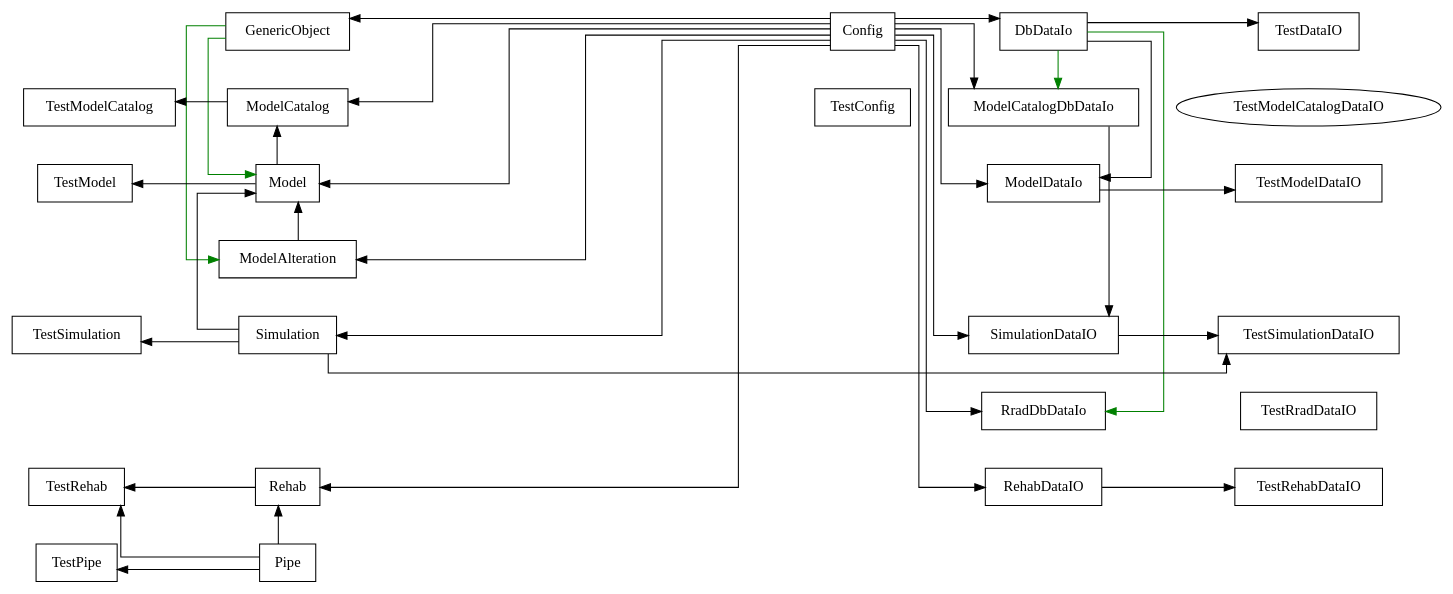
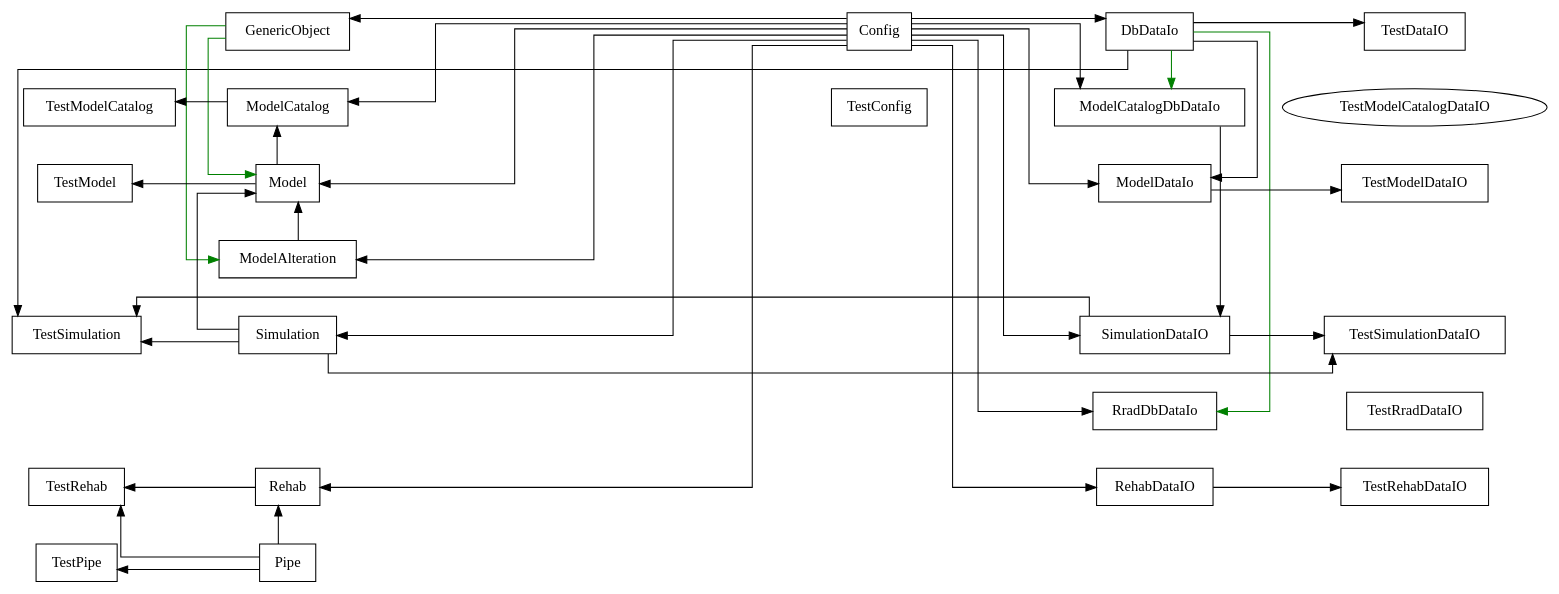
Before and after one commit to PDXBES/ModelCatalog: the diagram in docs/Class_Diagram_Tool/names_only_finalMCatalog_RRAD.dot, drawn with Graphviz. The commit also changed 16 other files, not shown here.

```diff
--- a/docs/Class_Diagram_Tool/names_only_finalMCatalog_RRAD.dot
+++ b/docs/Class_Diagram_Tool/names_only_finalMCatalog_RRAD.dot
@@ -1,87 +1,89 @@
 digraph "classes" {
 charset="utf-8"
 nodesep=0.5;
 rankdir="TB";
 edge [ constraint=False ];
 splines="ortho";
 "Config"[label= "Config" , shape="record"];
 "DbDataIo"[label= "DbDataIo" , shape="record"];
 "GenericObject"[label= "GenericObject" , shape="record"];
 "Model"[label= "Model" , shape="record"];
 "ModelAlteration"[label= "ModelAlteration" , shape="record"];
 "ModelCatalog"[label= "ModelCatalog" , shape="record"];
 "ModelCatalogDbDataIo"[label= "ModelCatalogDbDataIo" , shape="record"];
 "ModelDataIo"[label= "ModelDataIo" , shape="record"];
 "Pipe"[label= "Pipe" , shape="record"];
 "Rehab"[label= "Rehab" , shape="record"];
 "RehabDataIO"[label= "RehabDataIO" , shape="record"];
 "RradDbDataIo"[label= "RradDbDataIo" , shape="record"];
 "Simulation"[label= "Simulation" , shape="record"];
 "SimulationDataIO"[label= "SimulationDataIO" , shape="record"];
 "TestConfig"[label= "TestConfig" , shape="record"];
 "TestDataIO"[label= "TestDataIO" , shape="record"];
 "TestModel"[label= "TestModel" , shape="record"];
 "TestModelCatalog"[label= "TestModelCatalog" , shape="record"];
 "TestModelDataIO"[label= "TestModelDataIO" , shape="record"];
 "TestPipe"[label= "TestPipe" , shape="record"];
 "TestRehab"[label= "TestRehab" , shape="record"];
 "TestRehabDataIO"[label= "TestRehabDataIO" , shape="record"];
 "TestRradDataIO"[label= "TestRradDataIO" , shape="record"];
 "TestSimulation"[label= "TestSimulation" , shape="record"];
 "TestSimulationDataIO"[label= "TestSimulationDataIO" , shape="record"];
 
 "_d0" [label="_d0", shape="record" style=invis];
 "_d2" [label="_d2", shape="record" style=invis];
 "_d7" [label="_d7", shape="record" style=invis];
 "_d8" [label="_d8", shape="record" style=invis];
 "_d1" [label="_d1", shape="record" style=invis];
 "_d3" [label="_d3", shape="record" style=invis];
 "_d6" [label="_d6", shape="record" style=invis];
 "_d9" [label="_d9", shape="record" style=invis];
 "_d10" [label="_d10", shape="record" style=invis];
 "_d11" [label="_d11", shape="record" style=invis];
 "_d4" [label="_d4", shape="record" style=invis];
 "_d12" [label="_d12", shape="record" style=invis];
 "_d5" [label="_d5", shape="record" style=invis];
 "_d13" [label="_d13", shape="record" style=invis];
 
 {rank= tb "_d0"->"TestModelCatalog"->"TestModel"->"_d2"->"TestSimulation"->"_d7"->"TestRehab"->"TestPipe" [constraint=true style=invis]};
 {rank= tb "GenericObject"->"ModelCatalog"->"Model"->"ModelAlteration"->"Simulation"->"_d8"->"Rehab"->"Pipe" [constraint=true style=invis]};
 {rank= tb "Config"->"TestConfig"->"_d1"->"_d3"->"_d6"->"_d9"->"_d10"->"_d11" [constraint=true style=invis]};
 {rank= tb "DbDataIo"->"ModelCatalogDbDataIo"->"ModelDataIo"->"_d4"->"SimulationDataIO"->"RradDbDataIo"->"RehabDataIO"->"_d12" [constraint=true style=invis]};
 {rank= tb "TestDataIO"->"TestModelCatalogDataIO"->"TestModelDataIO"->"_d5"->"TestSimulationDataIO"->"TestRradDataIO"->"TestRehabDataIO"->"_d13" [constraint=true style=invis]};
 {rank= same TestModelCatalog->ModelCatalog->TestConfig->ModelCatalogDbDataIo->TestModelCatalogDataIO [constraint=True style=invis]};
 "Config"->"GenericObject";
 "Config"->"DbDataIo";
 "DbDataIo"->"TestDataIO";
 "ModelCatalog"->"TestModelCatalog";
 "Config"->"ModelCatalog";
 "Model"->"ModelCatalog";
 "Config"->"ModelCatalogDbDataIo";
 "Model"->"TestModel";
 "Config"->"Model";
 "ModelAlteration"->"Model";
 "Simulation"->"Model";
 "Config"->"ModelDataIo";
 "DbDataIo"->"ModelDataIo";
 "ModelDataIo"->"TestModelDataIO";
 "Config"->"ModelAlteration";
+"DbDataIo"->"TestSimulation";
 "Simulation"->"TestSimulation";
+"SimulationDataIO"->"TestSimulation";
 "Config"->"Simulation";
 "Config"->"SimulationDataIO";
 "ModelCatalogDbDataIo"->"SimulationDataIO";
 "Simulation"->"TestSimulationDataIO";
 "SimulationDataIO"->"TestSimulationDataIO";
 "Config"->"RradDbDataIo";
 "Rehab"->"TestRehab";
 "Pipe"->"TestRehab";
 "Config"->"Rehab";
 "Pipe"->"Rehab";
 "Config"->"RehabDataIO";
 "RehabDataIO"->"TestRehabDataIO";
 "Pipe"->"TestPipe";
 "DbDataIo"->"ModelCatalogDbDataIo" [color="green"];
 "GenericObject"->"Model" [color="green"];
 "GenericObject"->"ModelAlteration" [color="green"];
 "DbDataIo"->"RradDbDataIo" [color="green"];
 }
```
